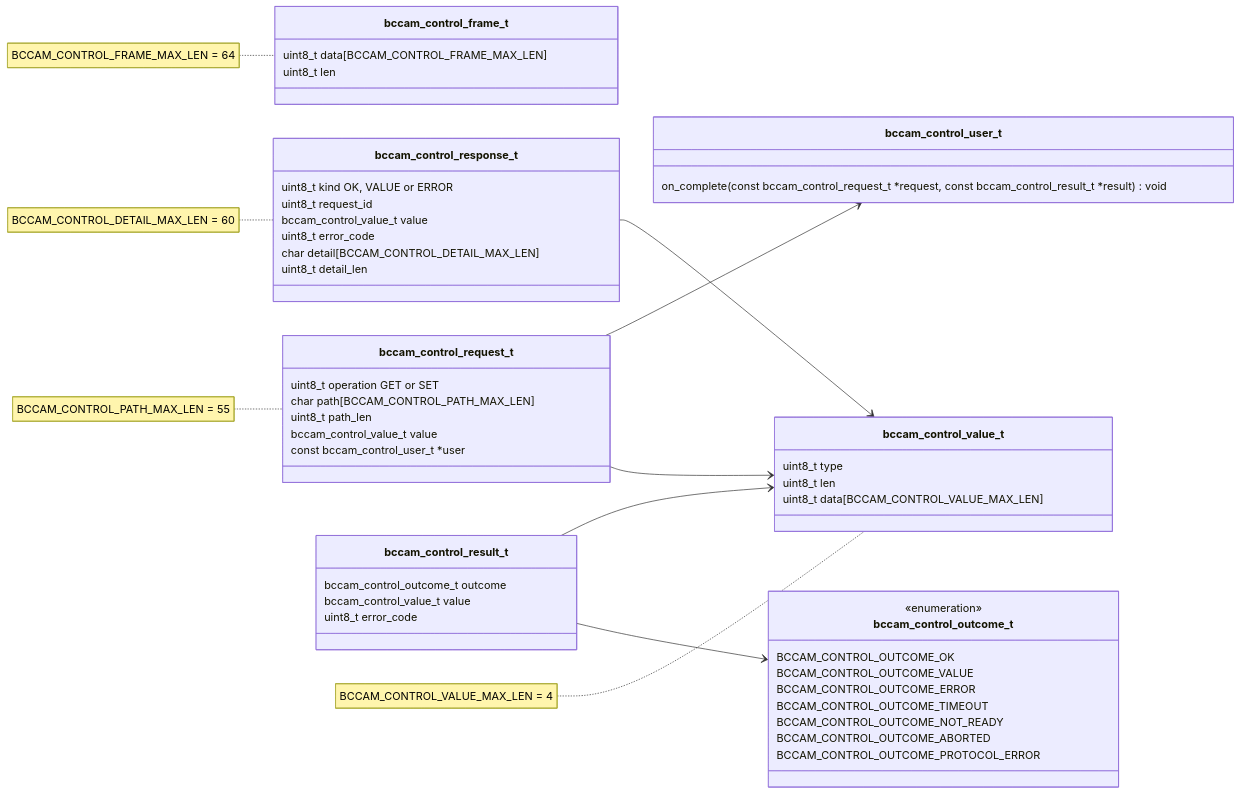
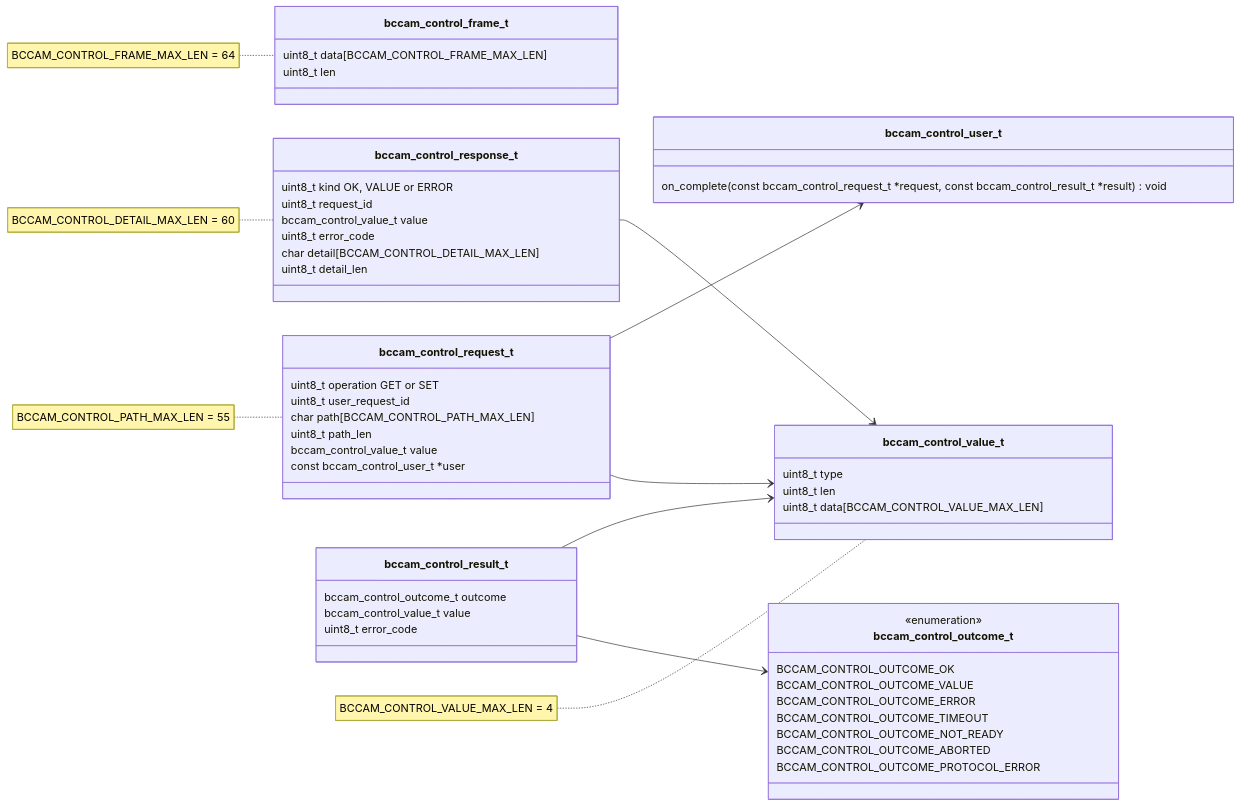
The second of 11 diagrams in docs/functional-areas/camera-deck-control.md (bitcraze/crazyflie-firmware), drawn with Mermaid before and after one commit. The commit also changed other lines of this file, not shown here.

Commit message:
docs: Separated request ID into deck request ID and user request ID

````diff
--- a/docs/functional-areas/camera-deck-control.md
+++ b/docs/functional-areas/camera-deck-control.md
@@ -212,63 +220,64 @@
 ```mermaid
 classDiagram
     direction LR
 
     class bccam_control_frame_t {
         uint8_t data[BCCAM_CONTROL_FRAME_MAX_LEN]
         uint8_t len
     }
     note for bccam_control_frame_t "BCCAM_CONTROL_FRAME_MAX_LEN = 64"
 
     class bccam_control_response_t {
         uint8_t kind OK, VALUE or ERROR
         uint8_t request_id
         bccam_control_value_t value
         uint8_t error_code
         char detail[BCCAM_CONTROL_DETAIL_MAX_LEN]
         uint8_t detail_len
     }
     note for bccam_control_response_t "BCCAM_CONTROL_DETAIL_MAX_LEN = 60"
 
     class bccam_control_request_t {
         uint8_t operation GET or SET
+        uint8_t user_request_id
         char path[BCCAM_CONTROL_PATH_MAX_LEN]
         uint8_t path_len
         bccam_control_value_t value
         const bccam_control_user_t *user
     }
     note for bccam_control_request_t "BCCAM_CONTROL_PATH_MAX_LEN = 55"
 
     class bccam_control_user_t {
         on_complete(const bccam_control_request_t *request, const bccam_control_result_t *result) void
     }
 
     class bccam_control_result_t {
         bccam_control_outcome_t outcome
         bccam_control_value_t value
         uint8_t error_code
     }
 
     class bccam_control_outcome_t {
         <<enumeration>>
         BCCAM_CONTROL_OUTCOME_OK
         BCCAM_CONTROL_OUTCOME_VALUE
         BCCAM_CONTROL_OUTCOME_ERROR
         BCCAM_CONTROL_OUTCOME_TIMEOUT
         BCCAM_CONTROL_OUTCOME_NOT_READY
         BCCAM_CONTROL_OUTCOME_ABORTED
         BCCAM_CONTROL_OUTCOME_PROTOCOL_ERROR
     }
 
     class bccam_control_value_t {
         uint8_t type
         uint8_t len
         uint8_t data[BCCAM_CONTROL_VALUE_MAX_LEN]
     }
     note for bccam_control_value_t "BCCAM_CONTROL_VALUE_MAX_LEN = 4"
 
     bccam_control_result_t --> bccam_control_outcome_t
     bccam_control_request_t --> bccam_control_value_t
     bccam_control_request_t --> bccam_control_user_t
     bccam_control_result_t --> bccam_control_value_t
     bccam_control_response_t --> bccam_control_value_t
 ```
````
